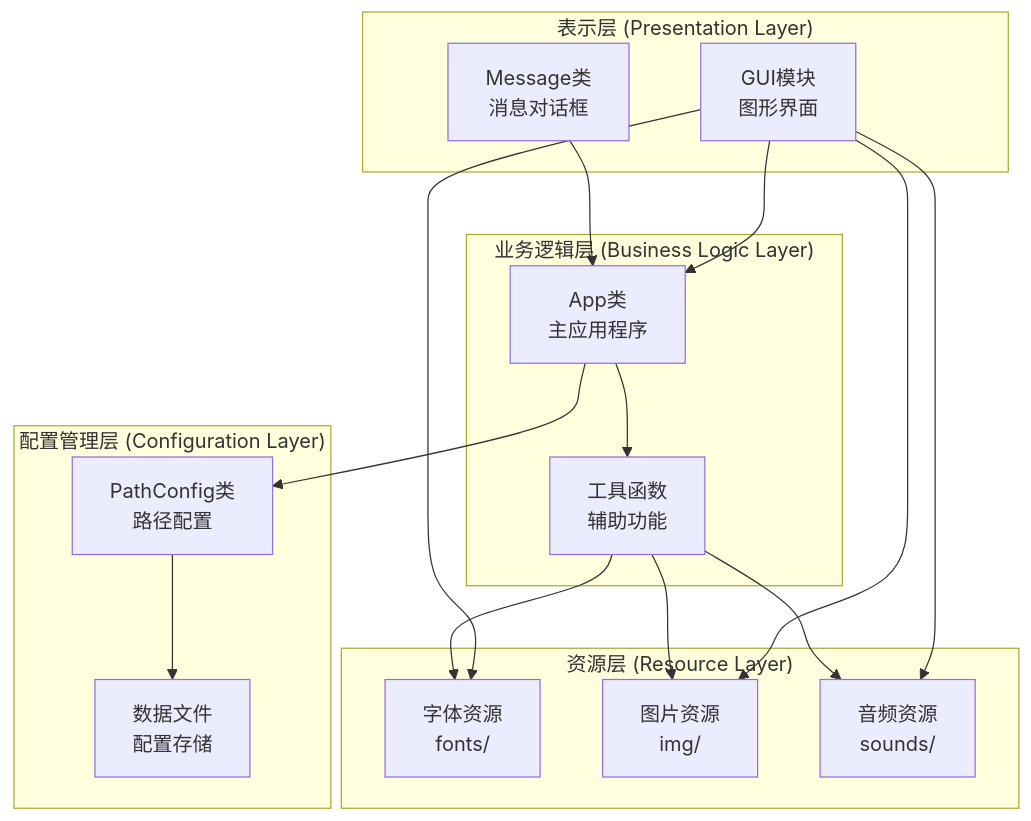
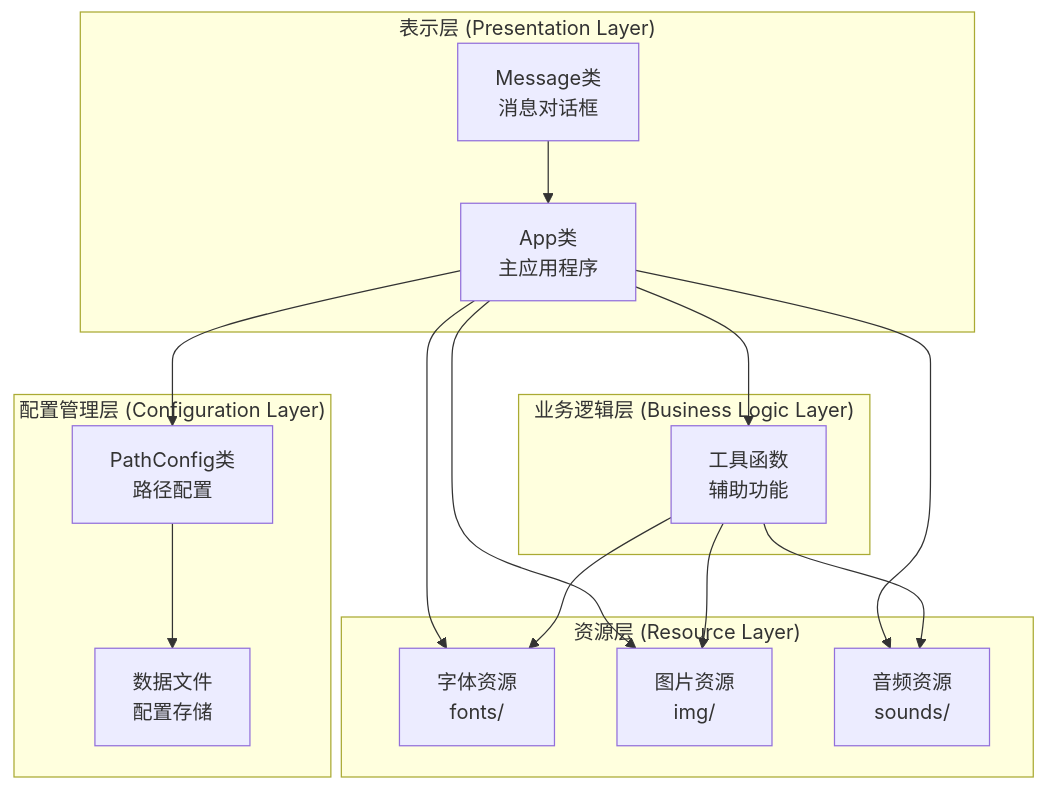
The fourth of 9 diagrams in .qoder/repowiki/zh/content/构建与部署.md (TuxLin123233/MC-Save-Importer), drawn with Mermaid before and after one commit. The commit also changed other lines of this file and 4 other files, not shown here.

````diff
--- a/.qoder/repowiki/zh/content/构建与部署.md
+++ b/.qoder/repowiki/zh/content/构建与部署.md
@@ -153,31 +163,30 @@
 ```mermaid
 graph TB
 subgraph "表示层 (Presentation Layer)"
-GUI[GUI模块<br/>图形界面]
+App[App类<br/>主应用程序]
 Message[Message类<br/>消息对话框]
 end
 subgraph "业务逻辑层 (Business Logic Layer)"
 App[App类<br/>主应用程序]
 Utils[工具函数<br/>辅助功能]
 end
 subgraph "配置管理层 (Configuration Layer)"
 PathConfig[PathConfig类<br/>路径配置]
 Data[数据文件<br/>配置存储]
 end
 subgraph "资源层 (Resource Layer)"
 Fonts[字体资源<br/>fonts/]
 Images[图片资源<br/>img/]
 Sounds[音频资源<br/>sounds/]
 end
-GUI --> App
-Message --> App
 App --> Utils
 App --> PathConfig
+Message --> App
 PathConfig --> Data
-GUI --> Fonts
-GUI --> Images
-GUI --> Sounds
+App --> Fonts
+App --> Images
+App --> Sounds
 Utils --> Fonts
 Utils --> Images
 Utils --> Sounds
 ```
````
